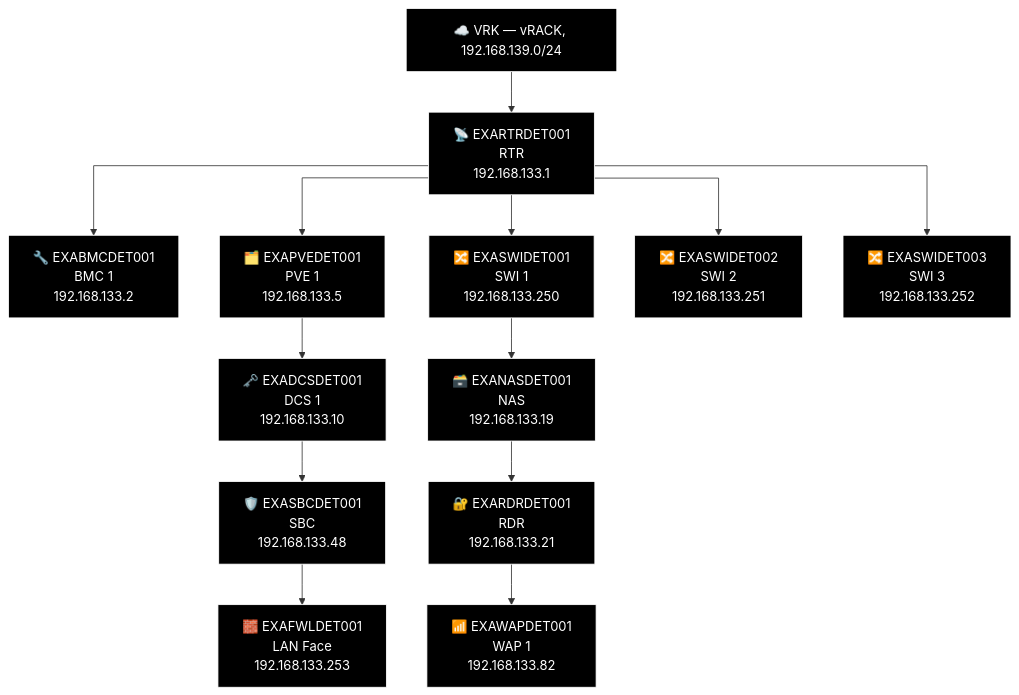
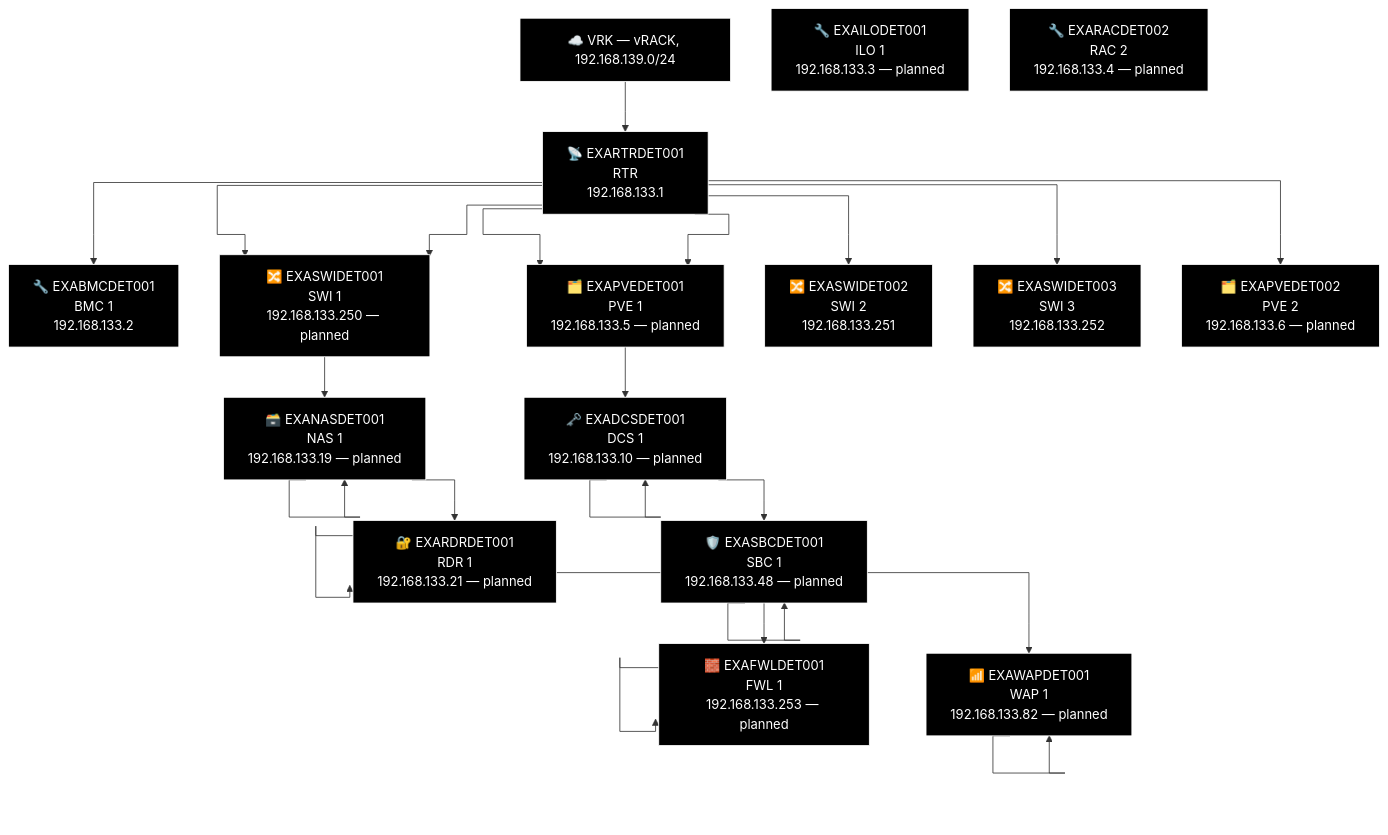
Before and after one commit to knightmare2600/example_music_infra: diagram 21 of 21 in docs/network-diagram/united-states.md, drawn with Mermaid. The commit also changed 2 other files, not shown here.

Commit message:
devices.csv: apply standard boilerplate to DET ahead of tomorrow's build
python3 at_have_ryggen_fri/check_new_site_boilerplate.py --apply DET

12 Planned=yes rows (RTR/FWL/SWI/WAP/SBC/RDR/NAS/2xPVE+BMC/DCS), same
shape as AMS's own test application earlier tonight. Regenerated
inventory/group_vars/begyndelse.json/Salt pillar/diagrams in the same run
-- only docs/network-diagram/united-states.md actually changed (the others
correctly show no diff, Planned rows are invisible to the real inventory
by design). Full harness clean after.

````diff
--- a/docs/network-diagram/united-states.md
+++ b/docs/network-diagram/united-states.md
@@ -807,40 +807,65 @@
 ```mermaid
 %% GENERATED:TOPOLOGY:DET:START
 %%{init: {'flowchart': {'curve': 'stepAfter'}}}%%
 graph TD
     T_VRK["☁️ VRK — vRACK, 192.168.139.0/24"]
     T_RTR["📡 EXARTRDET001<br/>RTR<br/>192.168.133.1"]
     T_VRK --> T_RTR
     T_BMC["🔧 EXABMCDET001<br/>BMC 1<br/>192.168.133.2"]
     T_RTR --> T_BMC
     T_PVE["🗂️ EXAPVEDET001<br/>PVE 1<br/>192.168.133.5"]
     T_RTR --> T_PVE
     T_SWI["🔀 EXASWIDET001<br/>SWI 1<br/>192.168.133.250"]
     T_RTR --> T_SWI
     T_SWI2["🔀 EXASWIDET002<br/>SWI 2<br/>192.168.133.251"]
     T_RTR --> T_SWI2
     T_SWI3["🔀 EXASWIDET003<br/>SWI 3<br/>192.168.133.252"]
     T_RTR --> T_SWI3
+    T_SWI["🔀 EXASWIDET001<br/>SWI 1<br/>192.168.133.250 — planned"]
+    T_RTR --> T_SWI
+    T_PVE["🗂️ EXAPVEDET001<br/>PVE 1<br/>192.168.133.5 — planned"]
+    T_RTR --> T_PVE
+    T_PVE2["🗂️ EXAPVEDET002<br/>PVE 2<br/>192.168.133.6 — planned"]
+    T_RTR --> T_PVE2
     T_NAS["🗃️ EXANASDET001<br/>NAS<br/>192.168.133.19"]
+    T_NAS["🗃️ EXANASDET001<br/>NAS 1<br/>192.168.133.19 — planned"]
     T_RDR["🔐 EXARDRDET001<br/>RDR<br/>192.168.133.21"]
+    T_RDR["🔐 EXARDRDET001<br/>RDR 1<br/>192.168.133.21 — planned"]
     T_WAP["📶 EXAWAPDET001<br/>WAP 1<br/>192.168.133.82"]
-    T_SWI --> T_NAS --> T_RDR --> T_WAP
+    T_WAP["📶 EXAWAPDET001<br/>WAP 1<br/>192.168.133.82 — planned"]
+    T_SWI --> T_NAS --> T_NAS --> T_RDR --> T_RDR --> T_WAP --> T_WAP
     T_DCS["🗝️ EXADCSDET001<br/>DCS 1<br/>192.168.133.10"]
+    T_DCS["🗝️ EXADCSDET001<br/>DCS 1<br/>192.168.133.10 — planned"]
     T_SBC["🛡️ EXASBCDET001<br/>SBC<br/>192.168.133.48"]
+    T_SBC["🛡️ EXASBCDET001<br/>SBC 1<br/>192.168.133.48 — planned"]
     T_FWL["🧱 EXAFWLDET001<br/>LAN Face<br/>192.168.133.253"]
-    T_PVE --> T_DCS --> T_SBC --> T_FWL
+    T_FWL["🧱 EXAFWLDET001<br/>FWL 1<br/>192.168.133.253 — planned"]
+    T_PVE --> T_DCS --> T_DCS --> T_SBC --> T_SBC --> T_FWL --> T_FWL
+    T_ILO["🔧 EXAILODET001<br/>ILO 1<br/>192.168.133.3 — planned"]
+    T_RAC["🔧 EXARACDET002<br/>RAC 2<br/>192.168.133.4 — planned"]
     style T_VRK fill:#000000,stroke:#FFFFFF,color:#FFFFFF
     style T_RTR fill:#000000,stroke:#FFFFFF,color:#FFFFFF
     style T_BMC fill:#000000,stroke:#FFFFFF,color:#FFFFFF
     style T_PVE fill:#000000,stroke:#FFFFFF,color:#FFFFFF
     style T_SWI fill:#000000,stroke:#FFFFFF,color:#FFFFFF
     style T_SWI2 fill:#000000,stroke:#FFFFFF,color:#FFFFFF
     style T_SWI3 fill:#000000,stroke:#FFFFFF,color:#FFFFFF
+    style T_SWI fill:#000000,stroke:#FFFFFF,color:#FFFFFF
+    style T_PVE fill:#000000,stroke:#FFFFFF,color:#FFFFFF
+    style T_PVE2 fill:#000000,stroke:#FFFFFF,color:#FFFFFF
+    style T_NAS fill:#000000,stroke:#FFFFFF,color:#FFFFFF
     style T_NAS fill:#000000,stroke:#FFFFFF,color:#FFFFFF
     style T_RDR fill:#000000,stroke:#FFFFFF,color:#FFFFFF
+    style T_RDR fill:#000000,stroke:#FFFFFF,color:#FFFFFF
+    style T_WAP fill:#000000,stroke:#FFFFFF,color:#FFFFFF
     style T_WAP fill:#000000,stroke:#FFFFFF,color:#FFFFFF
     style T_DCS fill:#000000,stroke:#FFFFFF,color:#FFFFFF
+    style T_DCS fill:#000000,stroke:#FFFFFF,color:#FFFFFF
+    style T_SBC fill:#000000,stroke:#FFFFFF,color:#FFFFFF
     style T_SBC fill:#000000,stroke:#FFFFFF,color:#FFFFFF
     style T_FWL fill:#000000,stroke:#FFFFFF,color:#FFFFFF
+    style T_FWL fill:#000000,stroke:#FFFFFF,color:#FFFFFF
+    style T_ILO fill:#000000,stroke:#FFFFFF,color:#FFFFFF
+    style T_RAC fill:#000000,stroke:#FFFFFF,color:#FFFFFF
 %% GENERATED:TOPOLOGY:DET:END
 ```
````
